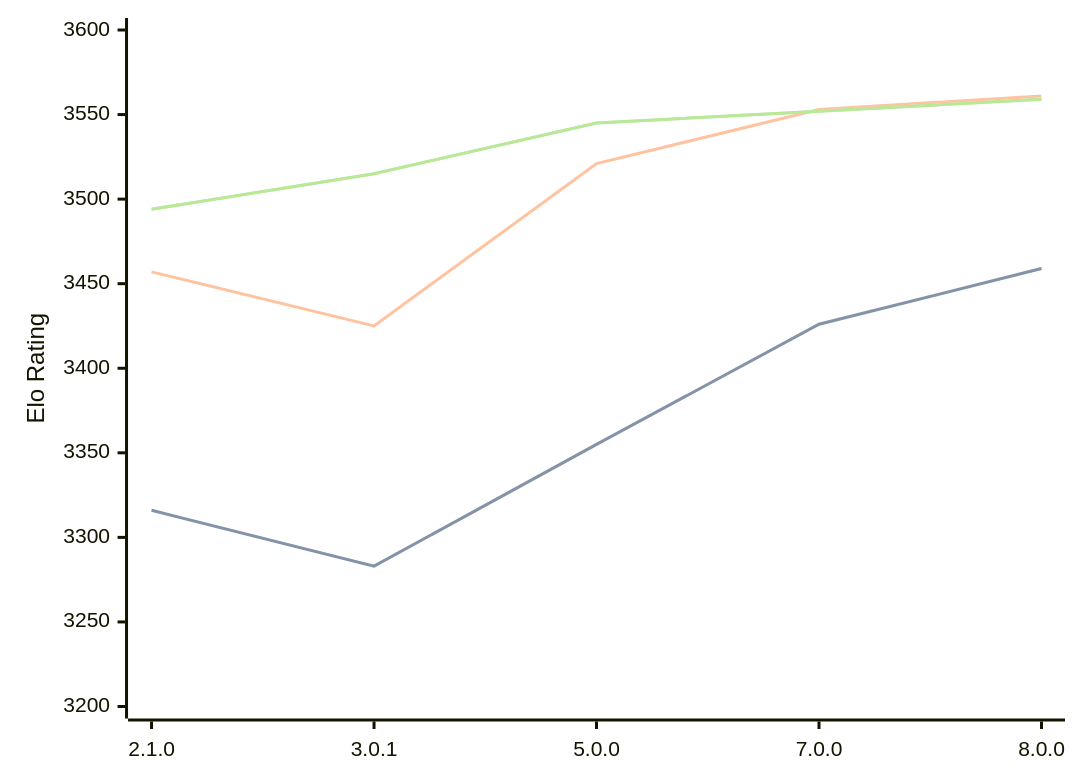
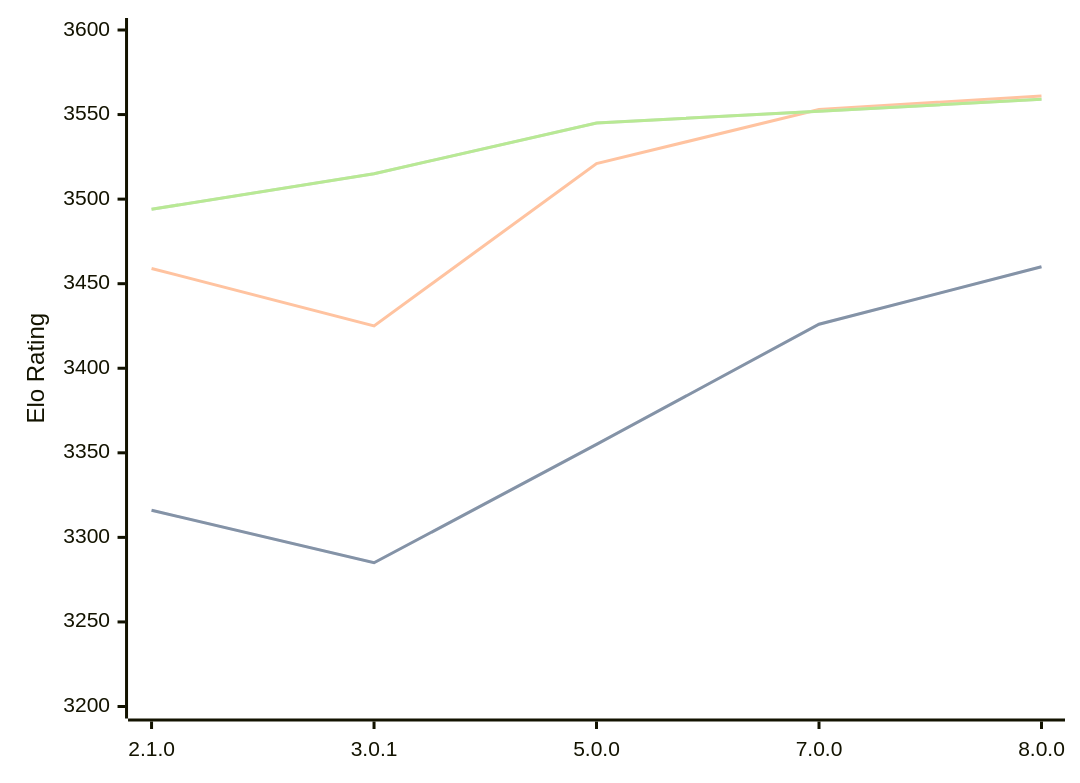
The diagram in engines/PlentyChess.md (computer-chess-index/cci), drawn with Mermaid before and after one commit. The commit also changed other lines of this file, not shown here.

````diff
--- a/engines/PlentyChess.md
+++ b/engines/PlentyChess.md
@@ -46,11 +46,11 @@
 ```mermaid
 %%{init: {"theme":"base","themeVariables":{"seriesColors:['#a3a3a3','#222221','#faa371']}}}%%
 xychart-beta
   x-axis ["2.1.0", "3.0.1", "5.0.0", "7.0.0", "8.0.0"]
   y-axis "Elo Rating" 3200 --> 3600
-  line "STC (8.0+0.08s)" [3316, 3283, 3355, 3426, 3459]
-  line "STC (8.0+0.08s)" [3316, 3283, 3355, 3426, 3459]
-  line "LTC (60.0+0.60s)" [3457, 3425, 3521, 3553, 3561]
+  line "STC (8.0+0.08s)" [3316, 3285, 3355, 3426, 3460]
+  line "STC (8.0+0.08s)" [3316, 3285, 3355, 3426, 3460]
+  line "LTC (60.0+0.60s)" [3459, 3425, 3521, 3553, 3561]
   line "VLTC (2m24s+1.12s)" [3494, 3515, 3545, 3552, 3559]
   line "VLTC (2m24s+1.12s)" [3494, 3515, 3545, 3552, 3559]
 ```
````
